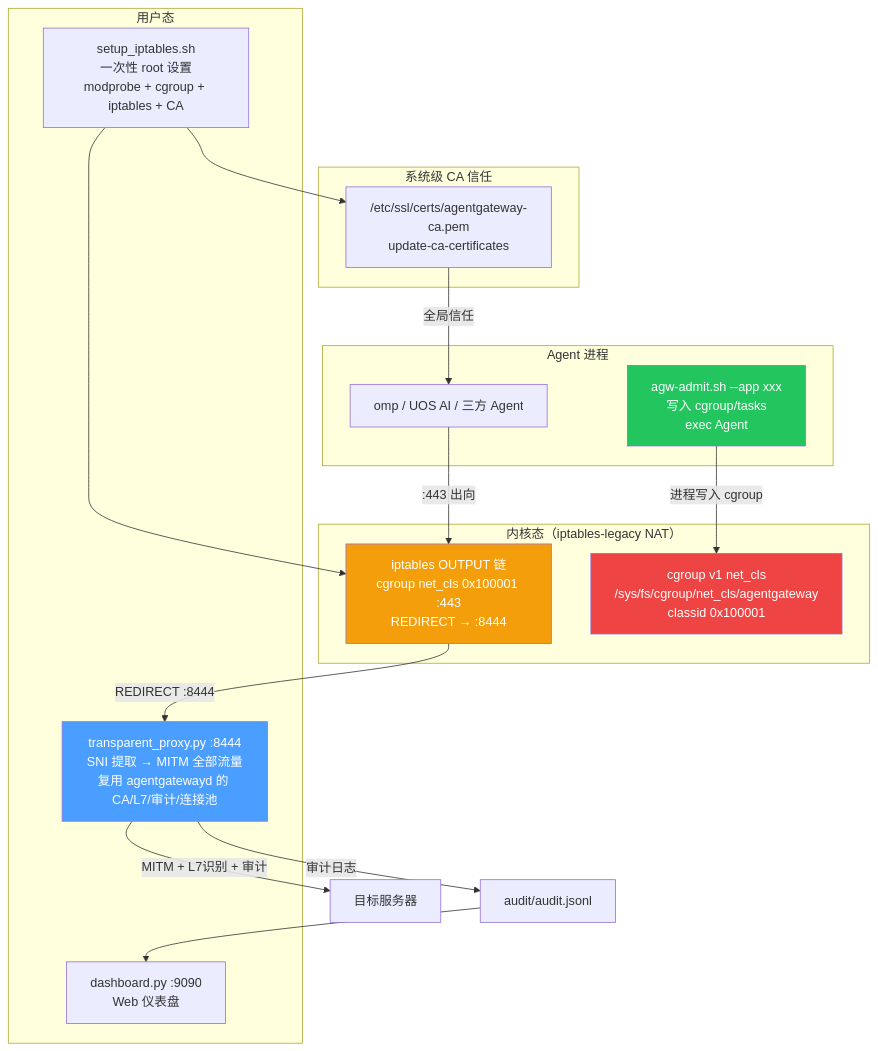
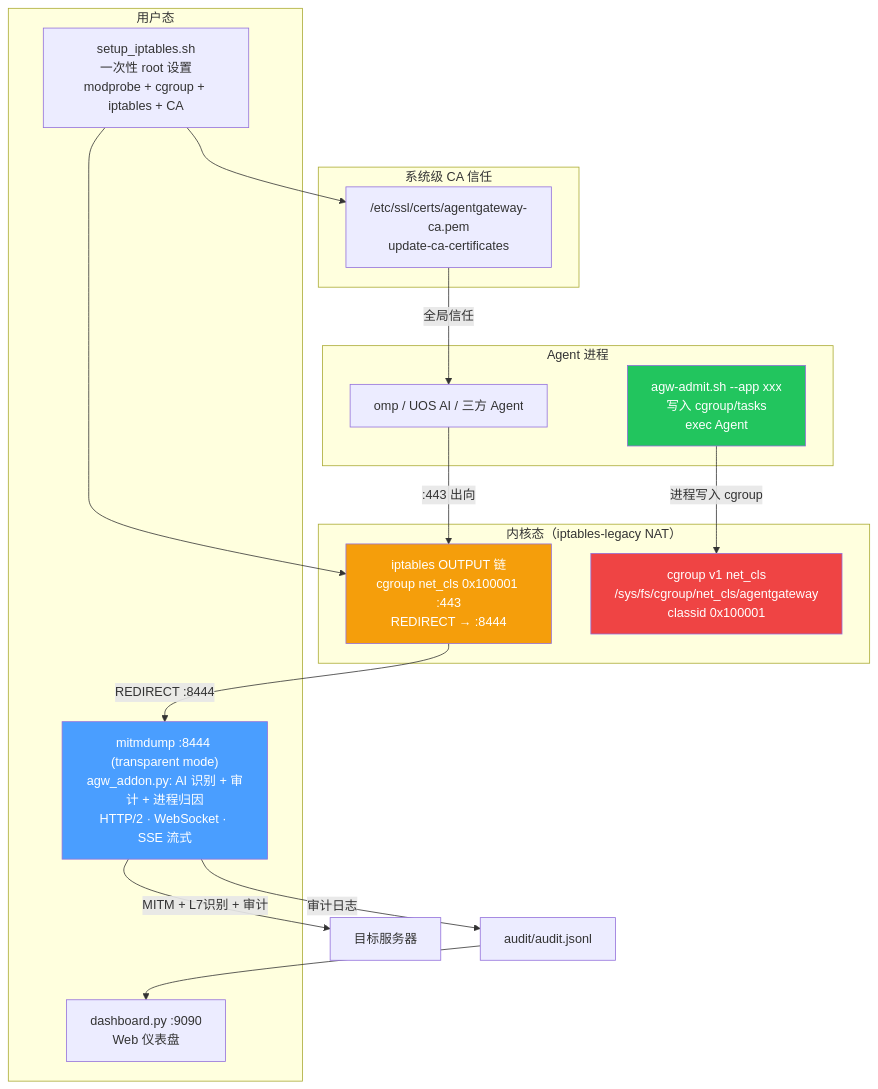
One commit to eric2023/agentgateway changed the diagram in specs/方案A_透明代理进程级拦截_4.19内核.md. Above: the diagram before and after it, drawn with Mermaid. The commit also changed other lines of this file and 9 other files, not shown here.

First line of the commit message:
refactor: 用 mitmproxy 替代 transparent_proxy.py

````diff
--- a/specs/方案A_透明代理进程级拦截_4.19内核.md
+++ b/specs/方案A_透明代理进程级拦截_4.19内核.md
@@ -20,37 +20,37 @@
 ```mermaid
 graph TB
     subgraph 内核态["内核态（iptables-legacy NAT）"]
         NFT["iptables OUTPUT 链<br/>cgroup net_cls 0x100001 :443<br/>REDIRECT → :8444"]
         CG["cgroup v1 net_cls<br/>/sys/fs/cgroup/net_cls/agentgateway<br/>classid 0x100001"]
     end
 
     subgraph 用户态["用户态"]
-        TP["transparent_proxy.py :8444<br/>SNI 提取 → MITM 全部流量<br/>复用 agentgatewayd 的 CA/L7/审计/连接池"]
+        TP["mitmdump :8444 (transparent mode)<br/>agw_addon.py: AI 识别 + 审计 + 进程归因<br/>HTTP/2 · WebSocket · SSE 流式"]
         DASH["dashboard.py :9090<br/>Web 仪表盘"]
         SETUP["setup_iptables.sh<br/>一次性 root 设置<br/>modprobe + cgroup + iptables + CA"]
     end
 
     subgraph Agent["Agent 进程"]
         A1["omp / UOS AI / 三方 Agent"]
         TE["agw-admit.sh --app xxx<br/>写入 cgroup/tasks<br/>exec Agent"]
     end
 
     subgraph CA["系统级 CA 信任"]
         SYS["/etc/ssl/certs/agentgateway-ca.pem<br/>update-ca-certificates"]
     end
 
     TE -->|"进程写入 cgroup"| CG
     A1 -->|":443 出向"| NFT
     NFT -->|"REDIRECT :8444"| TP
     TP -->|"MITM + L7识别 + 审计"| 远程["目标服务器"]
     TP -->|"审计日志"| LOG["audit/audit.jsonl"]
     LOG --> DASH
     SYS -->|"全局信任"| A1
     SETUP --> NFT
     SETUP --> SYS
 
     style NFT fill:#f59e0b,color:#fff
     style TP fill:#4a9eff,color:#fff
     style TE fill:#22c55e,color:#fff
     style CG fill:#ef4444,color:#fff
 ```
````
